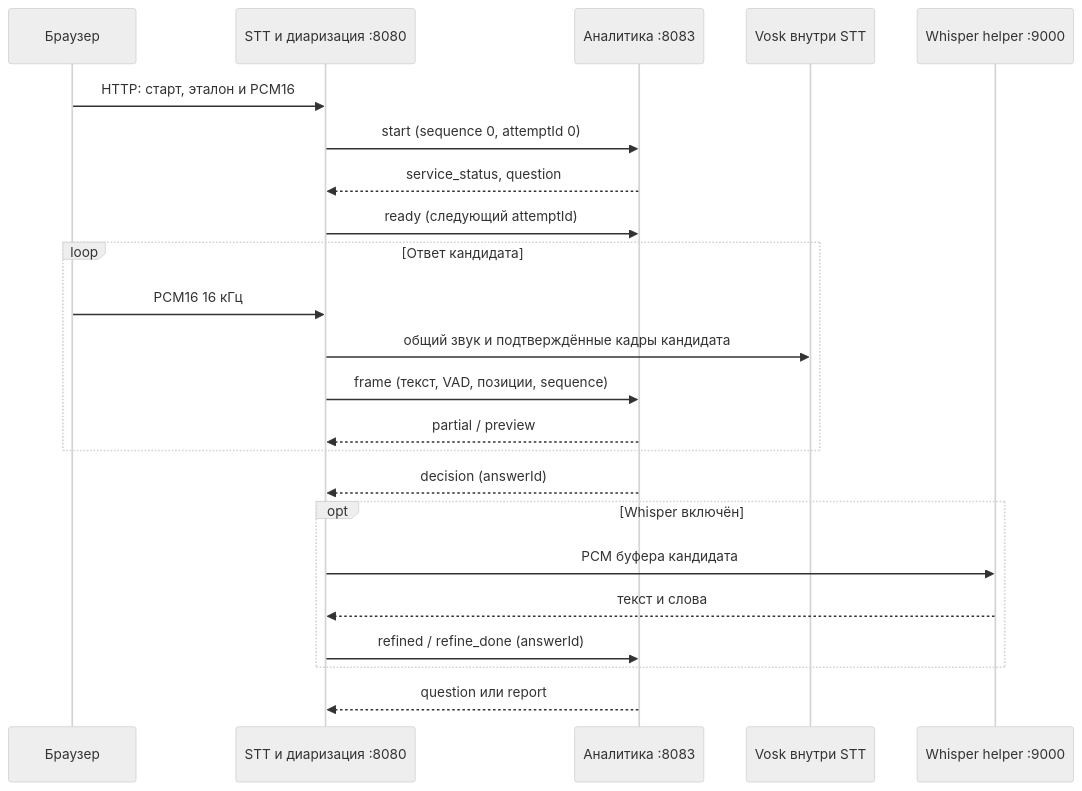
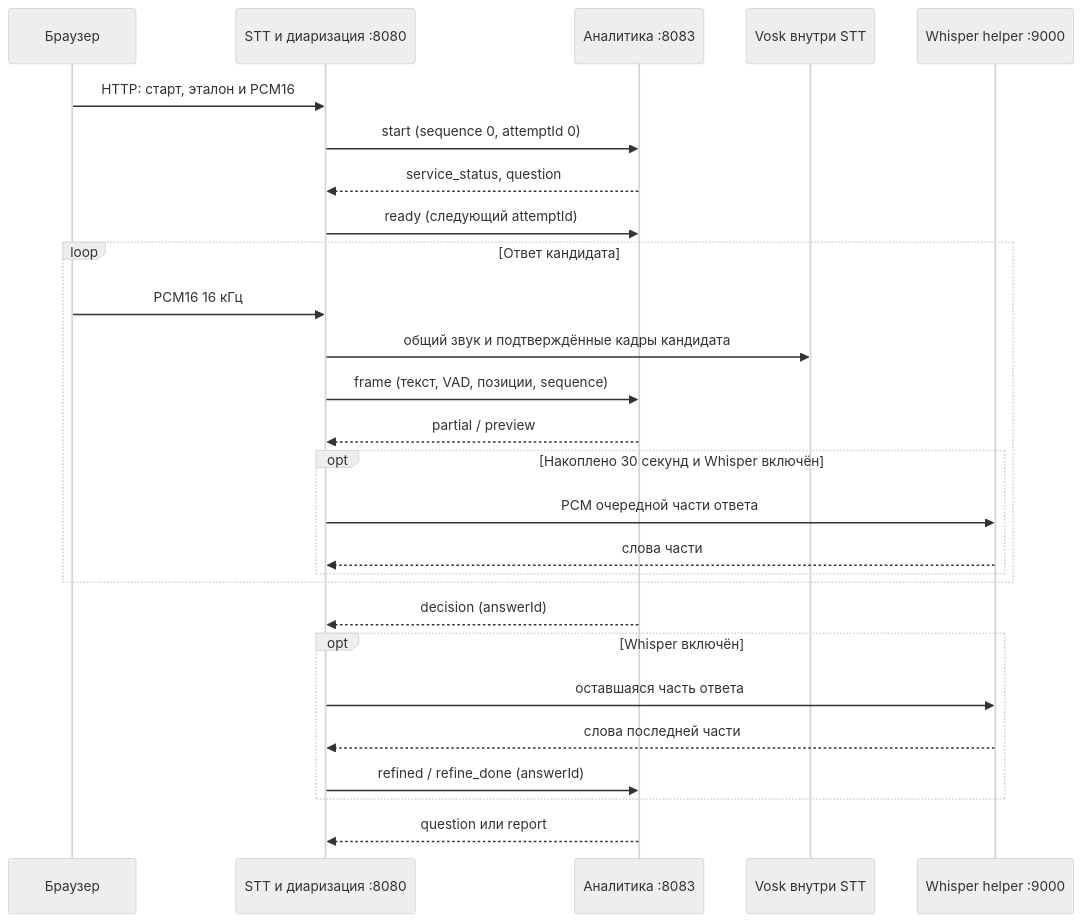
The diagram in docs/api/interview-events.md (ArtemSorin/stt-platform), drawn with Mermaid (neutral theme) before and after one commit. The commit also changed other lines of this file and 35 other files, not shown here.

````diff
--- a/docs/api/interview-events.md
+++ b/docs/api/interview-events.md
@@ -68,25 +68,29 @@
 ```mermaid
 sequenceDiagram
     participant B as Браузер
     participant S as STT и диаризация :8080
     participant A as Аналитика :8083
     participant V as Vosk внутри STT
     participant W as Whisper helper :9000
     B->>S: HTTP: старт, эталон и PCM16
     S->>A: start (sequence 0, attemptId 0)
     A-->>S: service_status, question
     S->>A: ready (следующий attemptId)
     loop Ответ кандидата
         B->>S: PCM16 16 кГц
         S->>V: общий звук и подтверждённые кадры кандидата
         S->>A: frame (текст, VAD, позиции, sequence)
         A-->>S: partial / preview
+        opt Накоплено 30 секунд и Whisper включён
+            S->>W: PCM очередной части ответа
+            W-->>S: слова части
+        end
     end
     A-->>S: decision (answerId)
     opt Whisper включён
-        S->>W: PCM буфера кандидата
-        W-->>S: текст и слова
+        S->>W: оставшаяся часть ответа
+        W-->>S: слова последней части
         S->>A: refined / refine_done (answerId)
     end
     A-->>S: question или report
 ```
````
